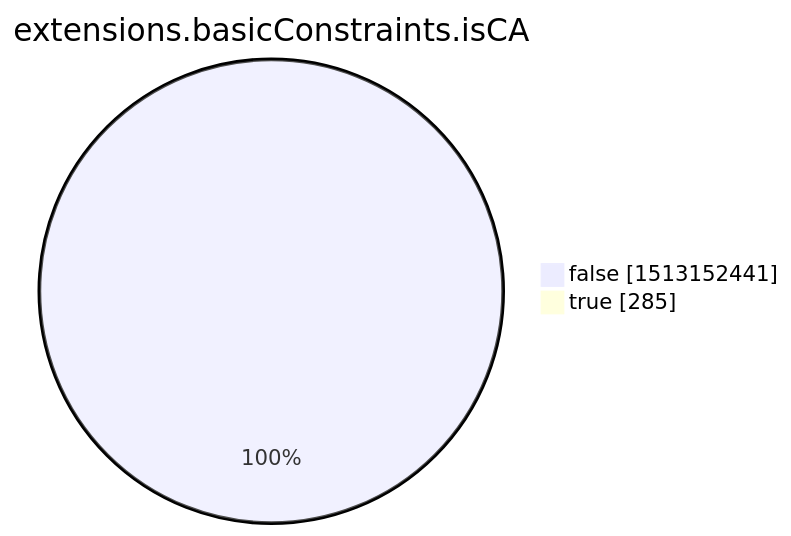
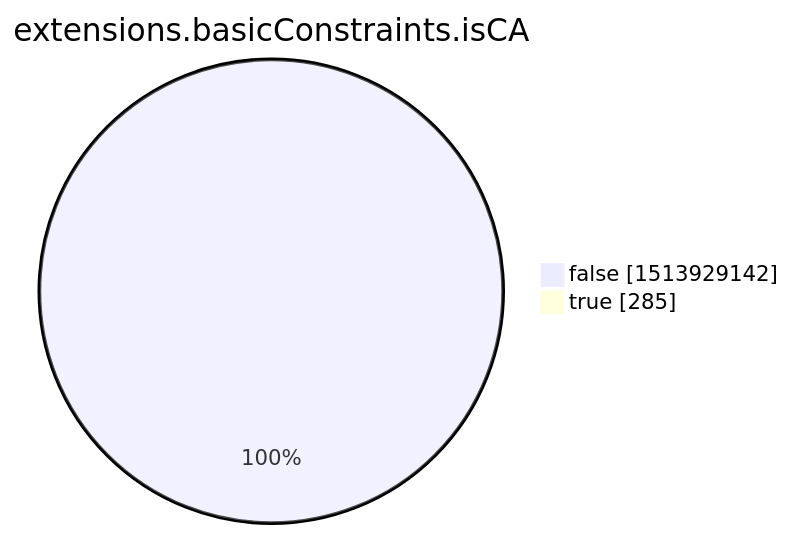
The eighth of 15 diagrams in xenon2022/README.md (christiankrug/ctmonitor_visualization), drawn with Mermaid before and after one commit. The commit also changed other lines of this file, not shown here.

````diff
--- a/xenon2022/README.md
+++ b/xenon2022/README.md
@@ -2854,6 +2854,6 @@
 ```mermaid
 pie showData
 title extensions.basicConstraints.isCA
-"false" :1513152441
+"false" :1513929142
 "true" :285
 ```
````
